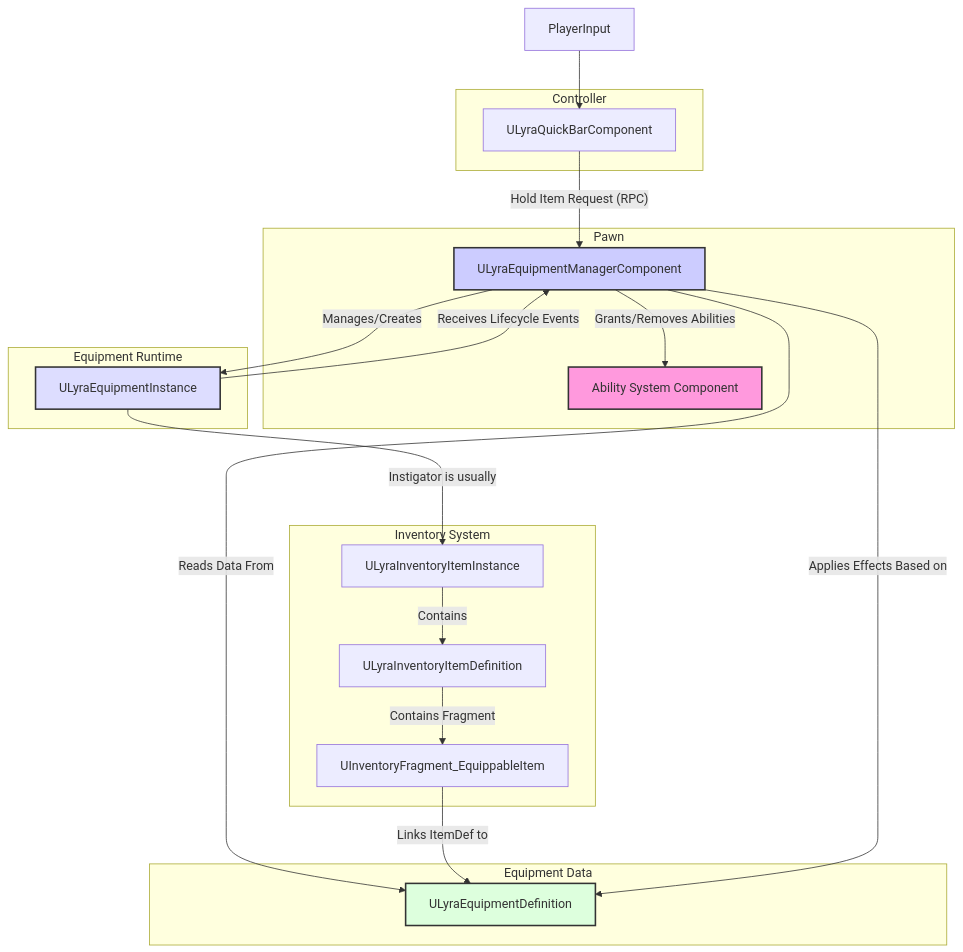
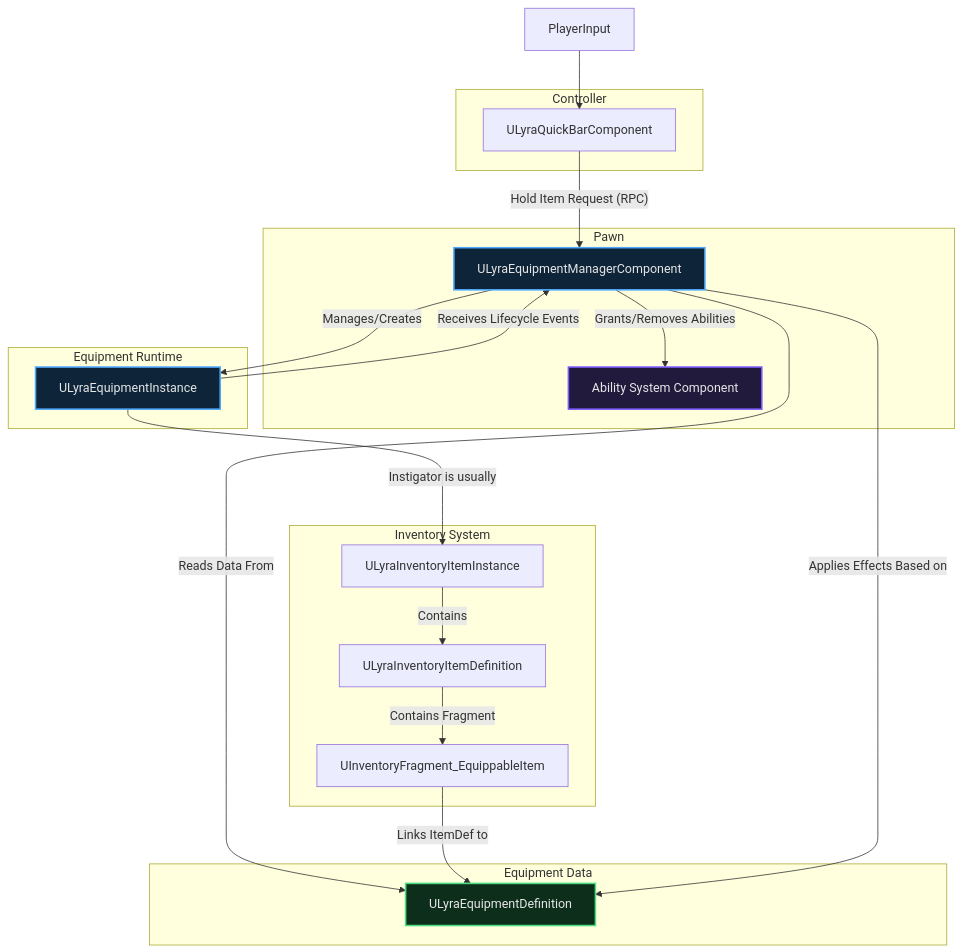
The diagram in outliyr-framework/docs/base-lyra-modified/equipment/README.md (outliyr/outliyr-docs), drawn with Mermaid before and after one commit. The commit also changed 11 other files, not shown here.

````diff
--- a/outliyr-framework/docs/base-lyra-modified/equipment/README.md
+++ b/outliyr-framework/docs/base-lyra-modified/equipment/README.md
@@ -26,39 +26,39 @@
 ```mermaid
 graph TD
     subgraph "Controller"
         QuickBar[ULyraQuickBarComponent]
     end
 
     subgraph "Pawn"
         Manager[ULyraEquipmentManagerComponent]
         ASC[Ability System Component]
     end
 
     subgraph "Inventory System"
         ItemInstance[ULyraInventoryItemInstance] -- Contains --> ItemDef[ULyraInventoryItemDefinition]
         ItemDef -- Contains Fragment --> EquipFragment[UInventoryFragment_EquippableItem]
     end
 
     subgraph "Equipment Data"
         EquipDef[ULyraEquipmentDefinition]
     end
 
     subgraph "Equipment Runtime"
         EquipInstance[ULyraEquipmentInstance]
     end
 
     PlayerInput --> QuickBar;
     QuickBar -- "Hold Item Request (RPC)" --> Manager;
     Manager -- "Manages/Creates" --> EquipInstance;
     EquipInstance -- "Instigator is usually" ---> ItemInstance;
     Manager -- "Reads Data From" --> EquipDef;
     EquipFragment -- "Links ItemDef to" --> EquipDef;
     Manager -- "Grants/Removes Abilities" --> ASC;
     Manager -- "Applies Effects Based on" --> EquipDef;
     EquipInstance -- "Receives Lifecycle Events" --> Manager;
 
-    style ASC fill:#f9d,stroke:#333,stroke-width:2px
-    style Manager fill:#ccf,stroke:#333,stroke-width:2px
-    style EquipDef fill:#dfd,stroke:#333,stroke-width:2px
-    style EquipInstance fill:#ddf,stroke:#333,stroke-width:2px
+    style ASC fill:#221a3d,stroke:#7c5cff,stroke-width:2px,color:#e6e6e6
+    style Manager fill:#0e2439,stroke:#4ea8ff,stroke-width:2px,color:#e6e6e6
+    style EquipDef fill:#0e2e1c,stroke:#4ade80,stroke-width:2px,color:#e6e6e6
+    style EquipInstance fill:#0e2439,stroke:#4ea8ff,stroke-width:2px,color:#e6e6e6
 ```
````
